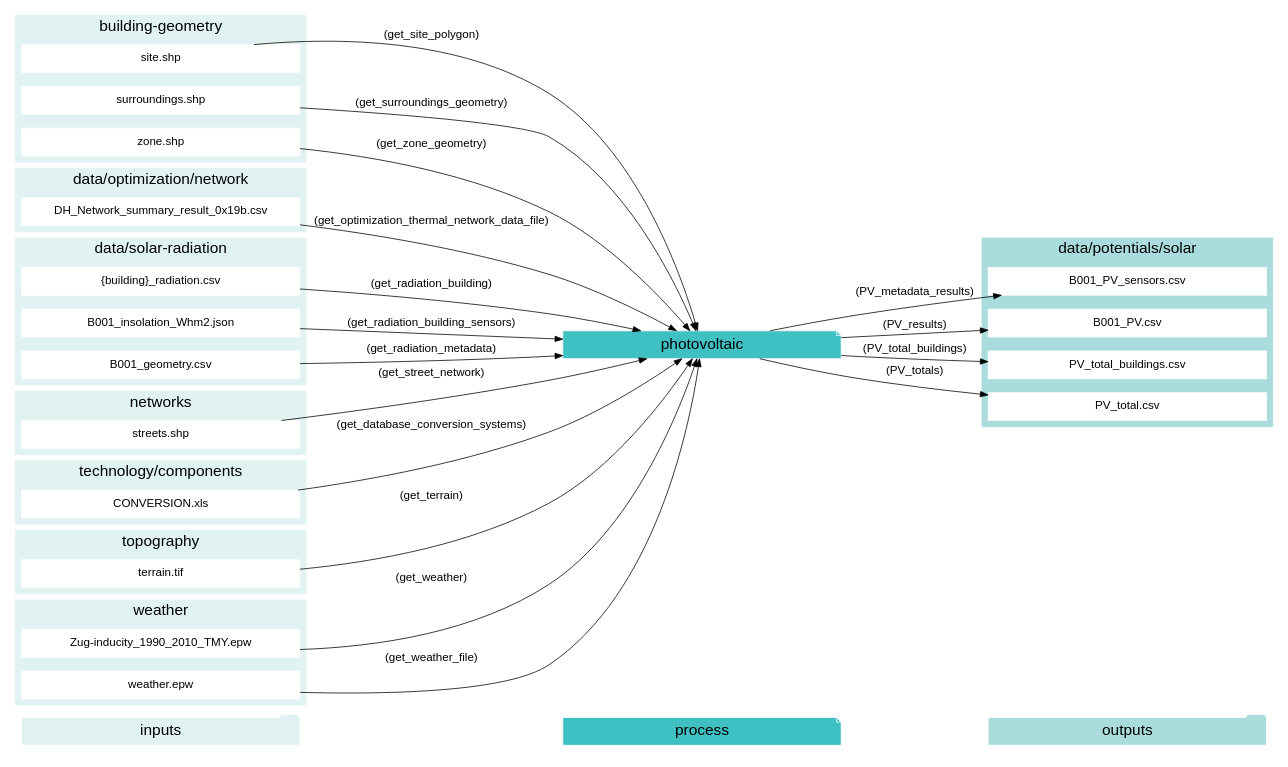
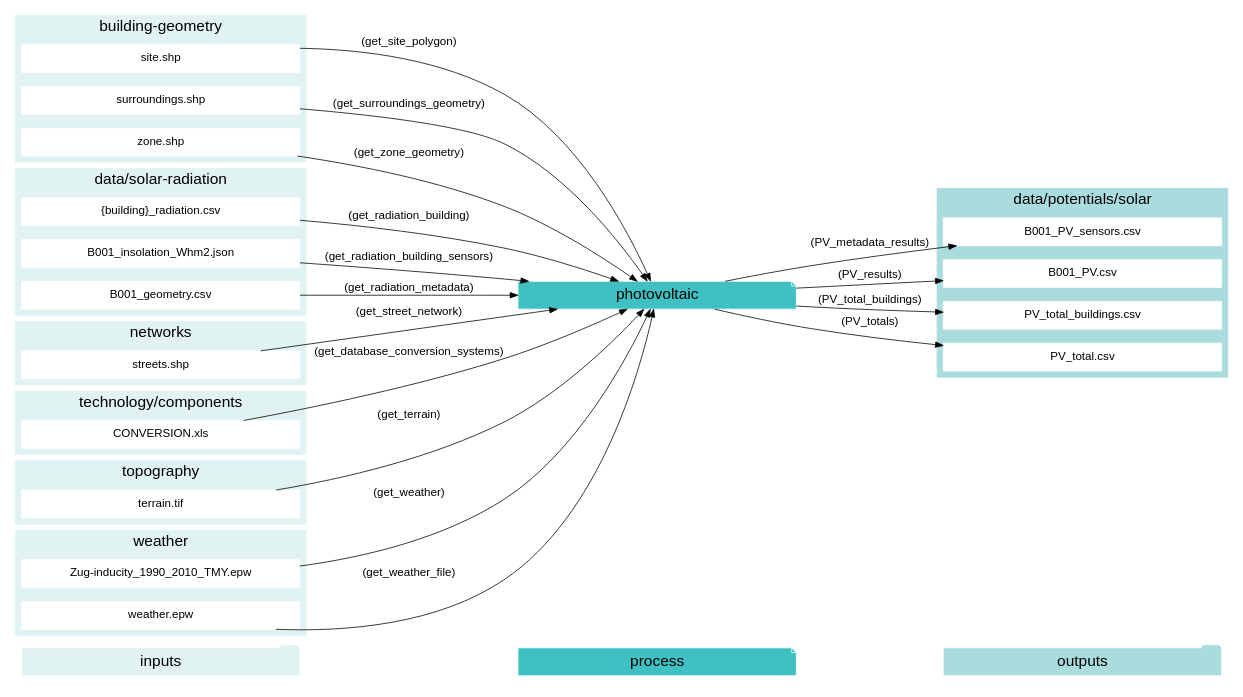
The second of 23 diagrams in docs/script-data-flow.rst (architecture-building-systems/CityEnergyAnalyst), drawn with Graphviz before and after one commit. The commit also changed other lines of this file and 25 other files, not shown here.

Commit message:
working on the graphviz output

```diff
--- a/docs/script-data-flow.rst
+++ b/docs/script-data-flow.rst
@@ -127,15 +118,7 @@
         "surroundings.shp"
         "zone.shp"
     }
-    subgraph cluster_1_in {
-        style = filled;
-        color = "#E1F2F2";
-        fontsize = 20;
-        rank=same;
-        label="data/optimization/network";
-        "DH_Network_summary_result_0x19b.csv"
-    }
-    subgraph cluster_2_out {
+    subgraph cluster_1_out {
         style = filled;
         color = "#aadcdd";
         fontsize = 20;
@@ -146,7 +129,7 @@
         "PV_total_buildings.csv"
         "PV_total.csv"
     }
-    subgraph cluster_3_in {
+    subgraph cluster_2_in {
         style = filled;
         color = "#E1F2F2";
         fontsize = 20;
@@ -156,7 +139,7 @@
         "B001_insolation_Whm2.json"
         "B001_geometry.csv"
     }
-    subgraph cluster_4_in {
+    subgraph cluster_3_in {
         style = filled;
         color = "#E1F2F2";
         fontsize = 20;
@@ -164,7 +147,7 @@
         label="networks";
         "streets.shp"
     }
-    subgraph cluster_5_in {
+    subgraph cluster_4_in {
         style = filled;
         color = "#E1F2F2";
         fontsize = 20;
@@ -172,7 +155,7 @@
         label="technology/components";
         "CONVERSION.xls"
     }
-    subgraph cluster_6_in {
+    subgraph cluster_5_in {
         style = filled;
         color = "#E1F2F2";
         fontsize = 20;
@@ -180,7 +163,7 @@
         label="topography";
         "terrain.tif"
     }
-    subgraph cluster_7_in {
+    subgraph cluster_6_in {
         style = filled;
         color = "#E1F2F2";
         fontsize = 20;
@@ -190,7 +173,6 @@
         "weather.epw"
     }
     "CONVERSION.xls" -> "photovoltaic"[label="(get_database_conversion_systems)"]
-    "DH_Network_summary_result_0x19b.csv" -> "photovoltaic"[label="(get_optimization_thermal_network_data_file)"]
     "{building}_radiation.csv" -> "photovoltaic"[label="(get_radiation_building)"]
     "B001_insolation_Whm2.json" -> "photovoltaic"[label="(get_radiation_building_sensors)"]
     "B001_geometry.csv" -> "photovoltaic"[label="(get_radiation_metadata)"]
```
